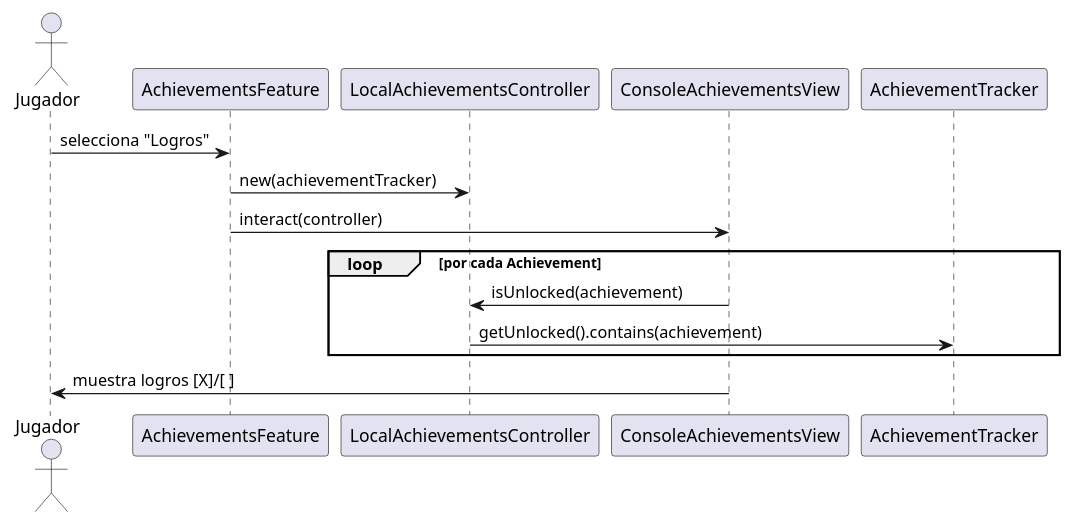
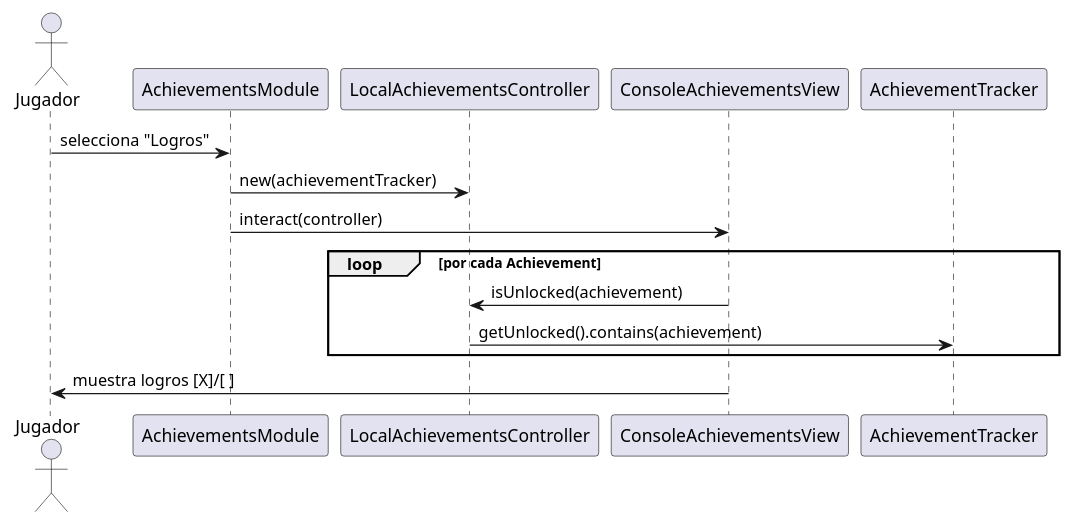
The diagram in docs/4+1views/escenarios/secuencia-logros.puml (pcarroza/tictactoe-java), drawn with PlantUML before and after one commit. The commit also changed 396 other files, not shown here.

```diff
--- a/docs/4+1views/escenarios/secuencia-logros.puml
+++ b/docs/4+1views/escenarios/secuencia-logros.puml
@@ -1,16 +1,16 @@
 @startuml secuencia-logros
 actor Jugador
-participant AchievementsFeature
+participant AchievementsModule
 participant LocalAchievementsController
 participant ConsoleAchievementsView
 participant AchievementTracker
 
-Jugador -> AchievementsFeature : selecciona "Logros"
-AchievementsFeature -> LocalAchievementsController : new(achievementTracker)
-AchievementsFeature -> ConsoleAchievementsView : interact(controller)
+Jugador -> AchievementsModule : selecciona "Logros"
+AchievementsModule -> LocalAchievementsController : new(achievementTracker)
+AchievementsModule -> ConsoleAchievementsView : interact(controller)
 loop por cada Achievement
   ConsoleAchievementsView -> LocalAchievementsController : isUnlocked(achievement)
   LocalAchievementsController -> AchievementTracker : getUnlocked().contains(achievement)
 end
 ConsoleAchievementsView -> Jugador : muestra logros [X]/[ ]
 @enduml
```
